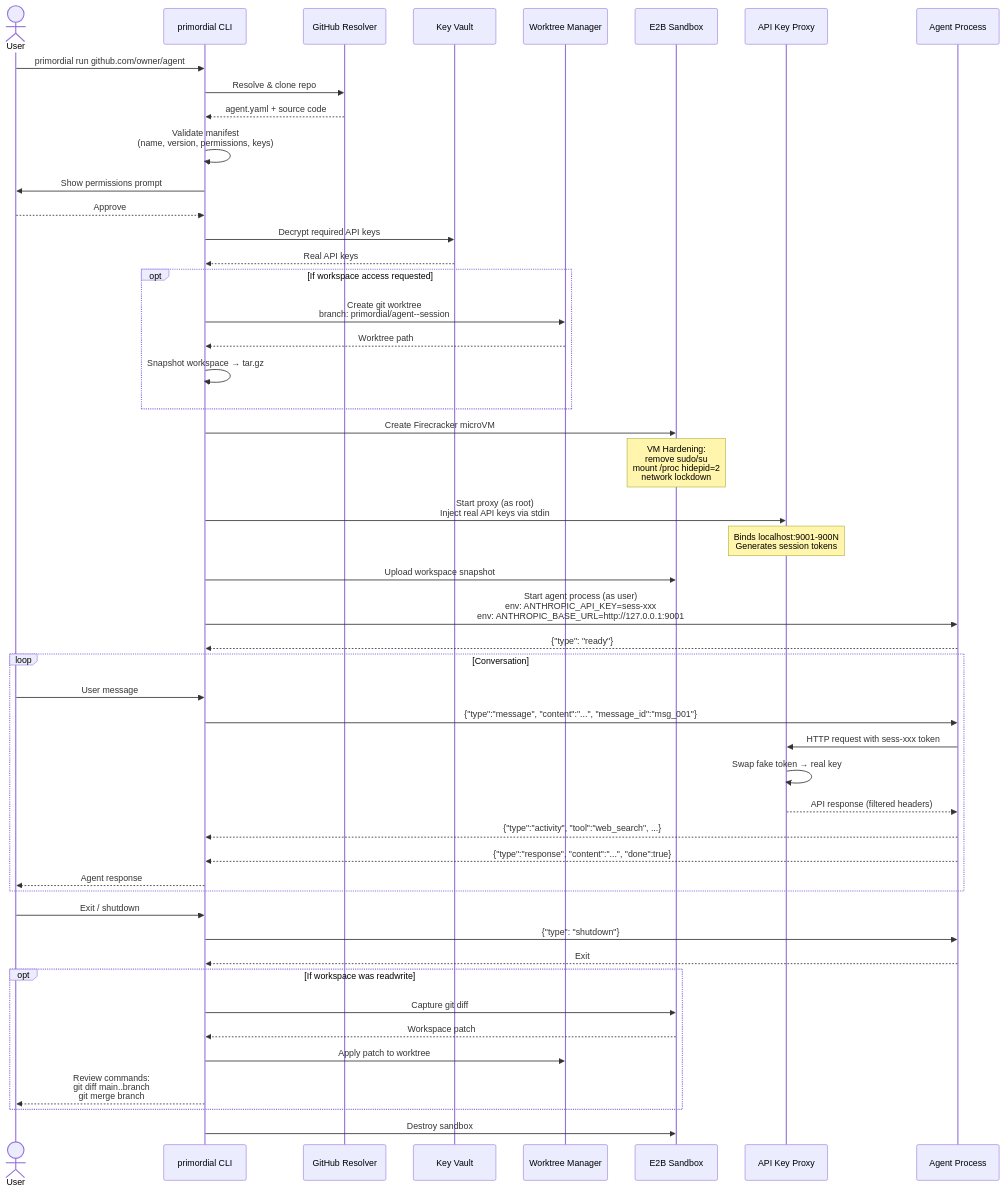
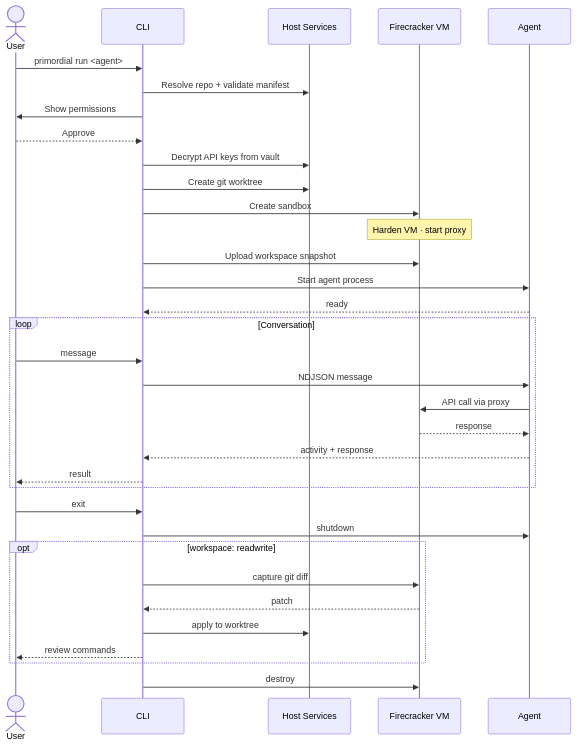
Before and after one commit to andybrowning5/primordial-agentstore: the diagram in docs/diagrams/agent-execution-flow.mmd, drawn with Mermaid. The commit also changed 18 other files, not shown here.

First line of the commit message:
Redesign diagrams with dark minimal theme

```diff
--- a/docs/diagrams/agent-execution-flow.mmd
+++ b/docs/diagrams/agent-execution-flow.mmd
@@ -1,61 +1,42 @@
 sequenceDiagram
     actor User
-    participant CLI as primordial CLI
-    participant GH as GitHub Resolver
-    participant Vault as Key Vault
-    participant WT as Worktree Manager
-    participant E2B as E2B Sandbox
-    participant Proxy as API Key Proxy
-    participant Agent as Agent Process
+    participant CLI as CLI
+    participant Host as Host Services
+    participant VM as Firecracker VM
+    participant Agent as Agent
 
-    User->>CLI: primordial run github.com/owner/agent
-    CLI->>GH: Resolve & clone repo
-    GH-->>CLI: agent.yaml + source code
-
-    CLI->>CLI: Validate manifest<br/>(name, version, permissions, keys)
-    CLI->>User: Show permissions prompt
+    User->>CLI: primordial run <agent>
+    CLI->>Host: Resolve repo + validate manifest
+    CLI->>User: Show permissions
     User-->>CLI: Approve
 
-    CLI->>Vault: Decrypt required API keys
-    Vault-->>CLI: Real API keys
+    CLI->>Host: Decrypt API keys from vault
+    CLI->>Host: Create git worktree
 
-    opt If workspace access requested
-        CLI->>WT: Create git worktree<br/>branch: primordial/agent--session
-        WT-->>CLI: Worktree path
-        CLI->>CLI: Snapshot workspace → tar.gz
+    CLI->>VM: Create sandbox
+    Note over VM: Harden VM · start proxy
+
+    CLI->>VM: Upload workspace snapshot
+    CLI->>Agent: Start agent process
+    Agent-->>CLI: ready
+
+    loop Conversation
+        User->>CLI: message
+        CLI->>Agent: NDJSON message
+        Agent->>VM: API call via proxy
+        VM-->>Agent: response
+        Agent-->>CLI: activity + response
+        CLI-->>User: result
     end
 
-    CLI->>E2B: Create Firecracker microVM
-    Note over E2B: VM Hardening:<br/>remove sudo/su<br/>mount /proc hidepid=2<br/>network lockdown
+    User->>CLI: exit
+    CLI->>Agent: shutdown
 
-    CLI->>Proxy: Start proxy (as root)<br/>Inject real API keys via stdin
-    Note over Proxy: Binds localhost:9001-900N<br/>Generates session tokens
-
-    CLI->>E2B: Upload workspace snapshot
-    CLI->>Agent: Start agent process (as user)<br/>env: ANTHROPIC_API_KEY=sess-xxx<br/>env: ANTHROPIC_BASE_URL=http://127.0.0.1:9001
-
-    Agent-->>CLI: {"type": "ready"}
-
-    loop Conversation
-        User->>CLI: User message
-        CLI->>Agent: {"type":"message", "content":"...", "message_id":"msg_001"}
-        Agent->>Proxy: HTTP request with sess-xxx token
-        Proxy->>Proxy: Swap fake token → real key
-        Proxy-->>Agent: API response (filtered headers)
-        Agent-->>CLI: {"type":"activity", "tool":"web_search", ...}
-        Agent-->>CLI: {"type":"response", "content":"...", "done":true}
-        CLI-->>User: Agent response
+    opt workspace: readwrite
+        CLI->>VM: capture git diff
+        VM-->>CLI: patch
+        CLI->>Host: apply to worktree
+        CLI-->>User: review commands
     end
 
-    User->>CLI: Exit / shutdown
-    CLI->>Agent: {"type": "shutdown"}
-    Agent-->>CLI: Exit
-
-    opt If workspace was readwrite
-        CLI->>E2B: Capture git diff
-        E2B-->>CLI: Workspace patch
-        CLI->>WT: Apply patch to worktree
-        CLI-->>User: Review commands:<br/>git diff main..branch<br/>git merge branch
-    end
-
-    CLI->>E2B: Destroy sandbox
+    CLI->>VM: destroy
```
